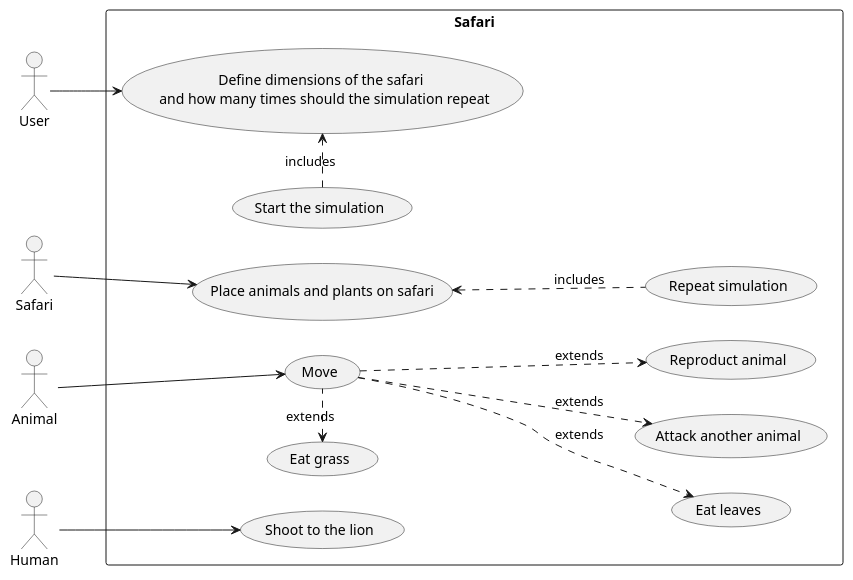
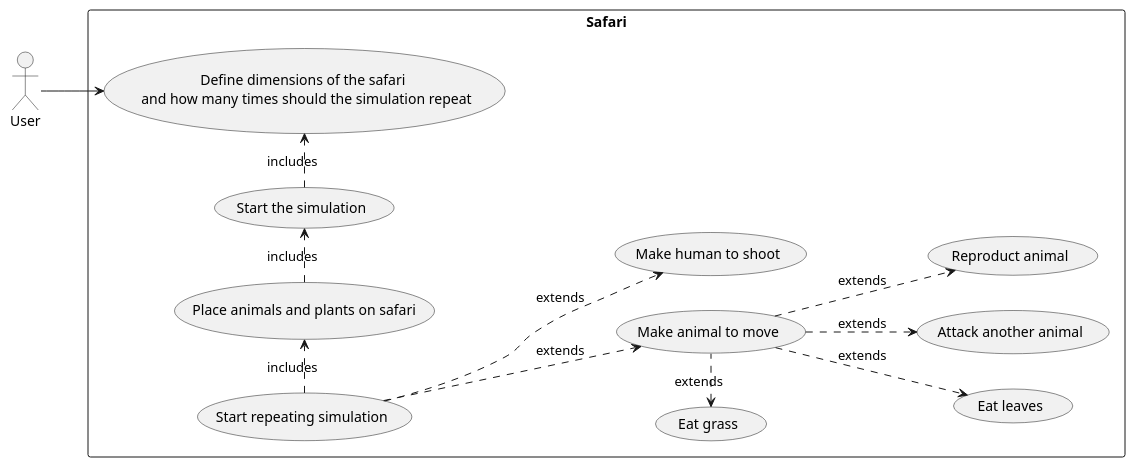
The diagram in src/main/useCaseDiagram.puml (Karolina606/Safari), drawn with PlantUML before and after one commit. The commit also changed 14 other files, not shown here.

```diff
--- a/src/main/useCaseDiagram.puml
+++ b/src/main/useCaseDiagram.puml
@@ -1,27 +1,20 @@
 @startuml
 left to right direction
 skinparam packageStyle rect
 
 :User: as user
-:Safari: as safari
-:Animal: as animal
-:Human: as human
 
 rectangle "Safari"{
     user --> (Define dimensions of the safari \n and how many times should the simulation repeat)
 
     (Define dimensions of the safari \n and how many times should the simulation repeat) <.left. (Start the simulation): includes
-
-    safari --> (Place animals and plants on safari)
-    (Place animals and plants on safari) <.. (Repeat simulation) :includes
-
-    animal --> (Move)
-    (Move) .left.> (Eat grass): extends
-    (Move) .down.> (Eat leaves): extends
-    (Move) ..> (Attack another animal): extends
-    (Move) ..> (Reproduct animal): extends
-
-    human --> (Shoot to the lion)
-
+    (Start the simulation) <.left. (Place animals and plants on safari): includes
+    (Place animals and plants on safari) <.left. (Start repeating simulation) :includes
+    (Start repeating simulation) ..> (Make animal to move): extends
+    (Start repeating simulation) ..> (Make human to shoot): extends
+    (Make animal to move) .left.> (Eat grass): extends
+    (Make animal to move) .down.> (Eat leaves): extends
+    (Make animal to move) ..> (Attack another animal): extends
+    (Make animal to move) ..> (Reproduct animal): extends
 }
 @enduml
```
